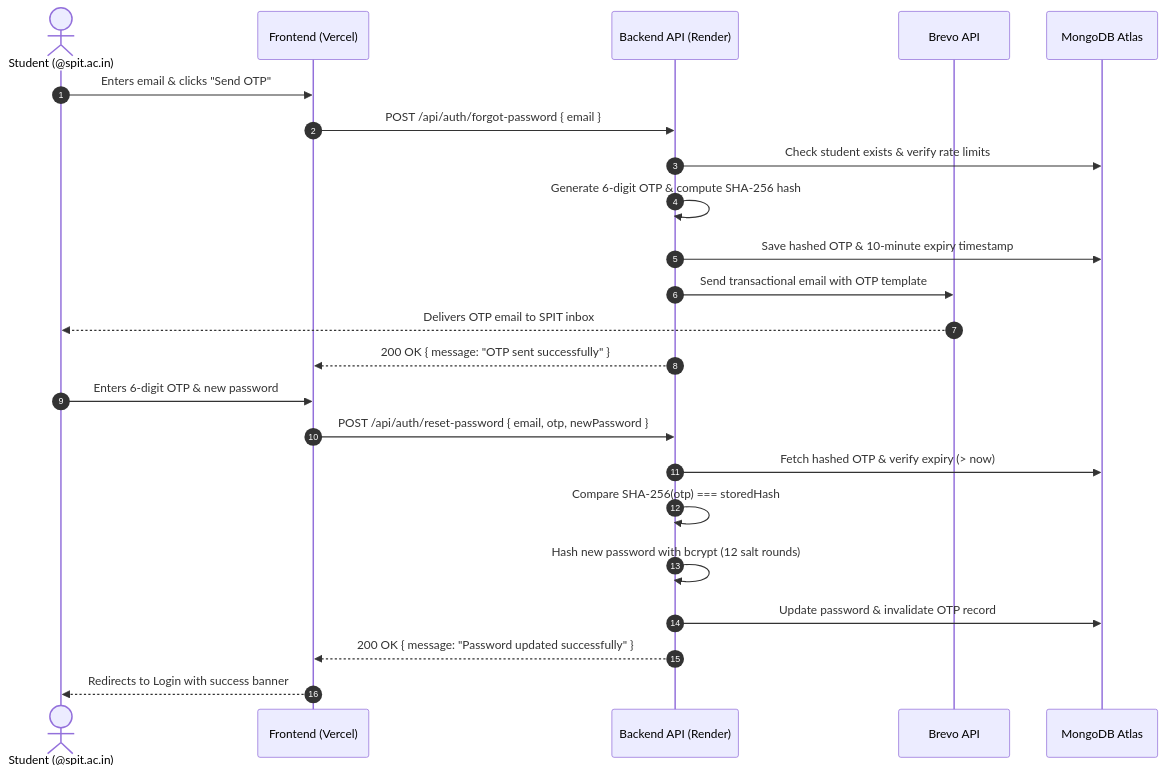
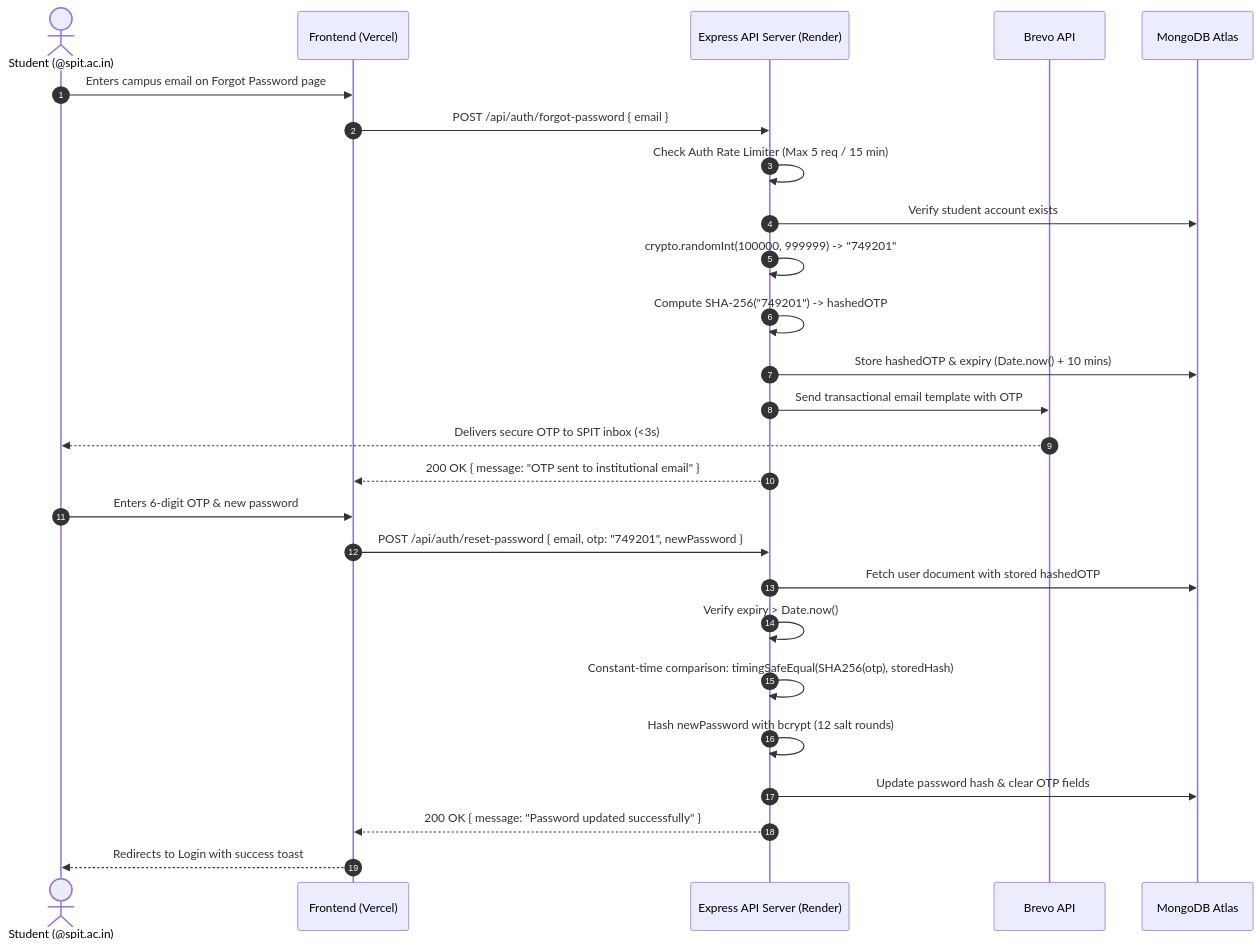
One commit to manthanpalkar/Mini-project_hackathon changed the fourth of 5 diagrams in README.md. Above: the diagram before and after it, drawn with Mermaid. The commit also changed other lines of this file, not shown here.

Commit message:
docs: enrich README with complete project overview, real-world problems solved, technology stack deep dive, and diagrams

````diff
--- a/README.md
+++ b/README.md
@@ -130,27 +371,30 @@
 ```mermaid
 sequenceDiagram
     autonumber
     actor Student as Student (@spit.ac.in)
     participant Client as Frontend (Vercel)
-    participant API as Backend API (Render)
+    participant API as Express API Server (Render)
     participant Brevo as Brevo API
     participant DB as MongoDB Atlas
 
-    Student->>Client: Enters email & clicks "Send OTP"
+    Student->>Client: Enters campus email on Forgot Password page
     Client->>API: POST /api/auth/forgot-password { email }
-    API->>DB: Check student exists & verify rate limits
-    API->>API: Generate 6-digit OTP & compute SHA-256 hash
-    API->>DB: Save hashed OTP & 10-minute expiry timestamp
-    API->>Brevo: Send transactional email with OTP template
-    Brevo-->>Student: Delivers OTP email to SPIT inbox
-    API-->>Client: 200 OK { message: "OTP sent successfully" }
+    API->>API: Check Auth Rate Limiter (Max 5 req / 15 min)
+    API->>DB: Verify student account exists
+    API->>API: crypto.randomInt(100000, 999999) -> "749201"
+    API->>API: Compute SHA-256("749201") -> hashedOTP
+    API->>DB: Store hashedOTP & expiry (Date.now() + 10 mins)
+    API->>Brevo: Send transactional email template with OTP
+    Brevo-->>Student: Delivers secure OTP to SPIT inbox (<3s)
+    API-->>Client: 200 OK { message: "OTP sent to institutional email" }
     
     Student->>Client: Enters 6-digit OTP & new password
-    Client->>API: POST /api/auth/reset-password { email, otp, newPassword }
-    API->>DB: Fetch hashed OTP & verify expiry (> now)
-    API->>API: Compare SHA-256(otp) === storedHash
-    API->>API: Hash new password with bcrypt (12 salt rounds)
-    API->>DB: Update password & invalidate OTP record
+    Client->>API: POST /api/auth/reset-password { email, otp: "749201", newPassword }
+    API->>DB: Fetch user document with stored hashedOTP
+    API->>API: Verify expiry > Date.now()
+    API->>API: Constant-time comparison: timingSafeEqual(SHA256(otp), storedHash)
+    API->>API: Hash newPassword with bcrypt (12 salt rounds)
+    API->>DB: Update password hash & clear OTP fields
     API-->>Client: 200 OK { message: "Password updated successfully" }
-    Client-->>Student: Redirects to Login with success banner
+    Client-->>Student: Redirects to Login with success toast
 ```
````
